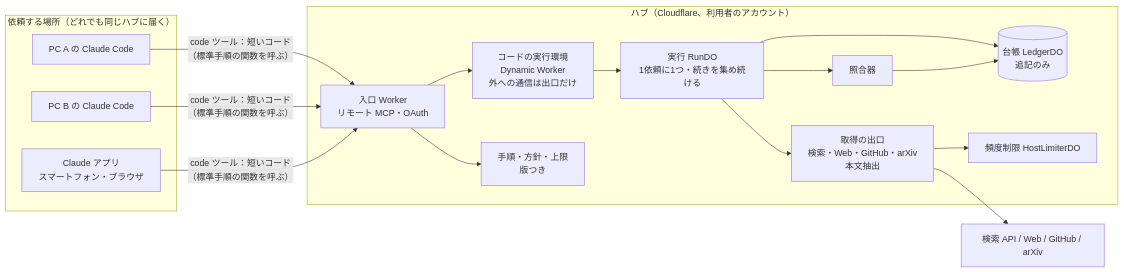
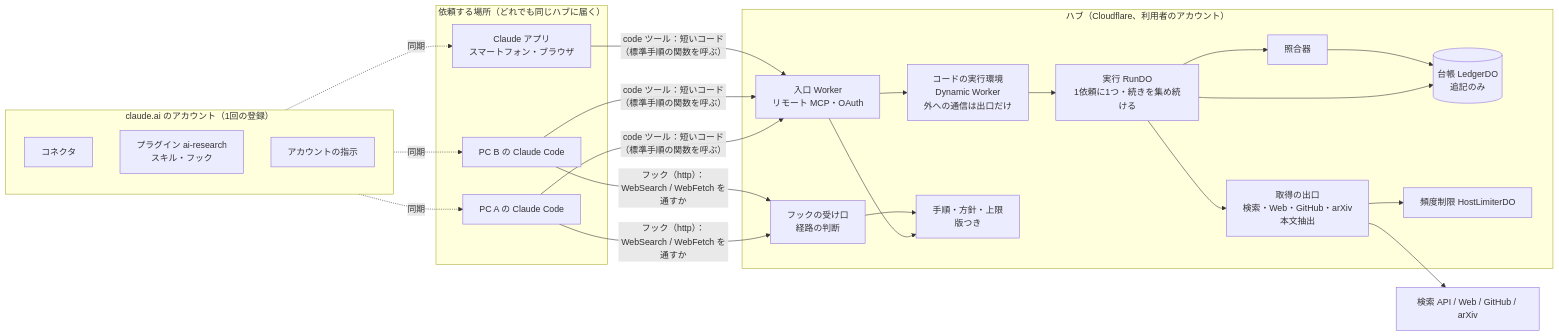
Before and after one commit to ryo-morimoto/ai-research: the diagram in docs/02-architecture.md, drawn with Mermaid. The commit also changed other lines of this file and 2 other files, not shown here.

````diff
--- a/docs/02-architecture.md
+++ b/docs/02-architecture.md
@@ -42,29 +46,38 @@
 ```mermaid
 flowchart LR
   subgraph 依頼する場所["依頼する場所（どれでも同じハブに届く）"]
     C1[PC A の Claude Code]
     C2[PC B の Claude Code]
     C3[Claude アプリ<br/>スマートフォン・ブラウザ]
   end
+  subgraph ACC["claude.ai のアカウント（1回の登録）"]
+    CON[コネクタ]
+    PLG[プラグイン ai-research<br/>スキル・フック]
+    INS[アカウントの指示]
+  end
+  ACC -.同期.-> C1 & C2 & C3
+  C1 & C2 -->|"フック（http）：<br/>WebSearch / WebFetch を通すか"| HK
   C1 & C2 & C3 -->|"code ツール：短いコード<br/>（標準手順の関数を呼ぶ）"| MCP
 
   subgraph HUB["ハブ（Cloudflare、利用者のアカウント）"]
     MCP[入口 Worker<br/>リモート MCP・OAuth]
+    HK[フックの受け口<br/>経路の判断]
     SB[コードの実行環境<br/>Dynamic Worker<br/>外への通信は出口だけ]
     RUN[実行 RunDO<br/>1依頼に1つ・続きを集め続ける]
     LED[(台帳 LedgerDO<br/>追記のみ)]
     VER[照合器]
     FET[取得の出口<br/>検索・Web・GitHub・arXiv<br/>本文抽出]
     LIM[頻度制限 HostLimiterDO]
     CFG[手順・方針・上限<br/>版つき]
     MCP --> SB
     SB --> RUN
     RUN --> LED
     RUN --> FET
     RUN --> VER
     VER --> LED
     FET --> LIM
     MCP --> CFG
+    HK --> CFG
   end
   FET --> EXT[検索 API / Web / GitHub / arXiv]
 ```
````
